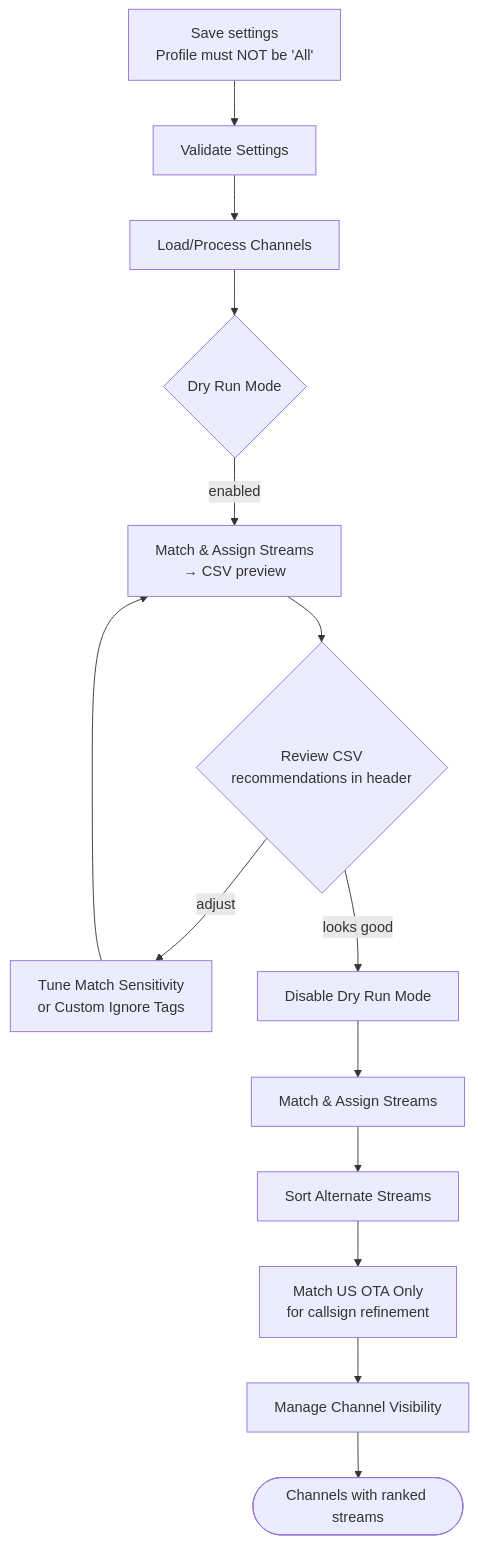
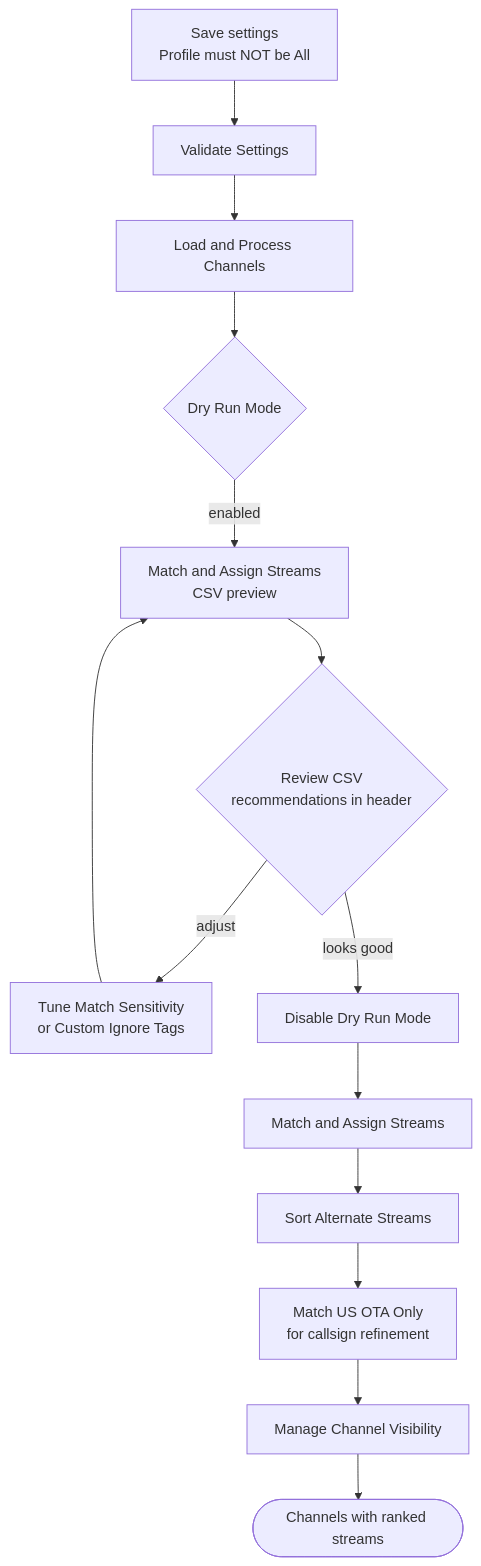
The diagram in docs/workflow/03-stream-mapparr.md (PiratesIRC/Dispatcharr-Plugin-Workflow), drawn with Mermaid before and after one commit. The commit also changed other lines of this file and 7 other files, not shown here.

First line of the commit message:
Fix Mermaid rendering, sidebar nav, and add backup warnings + crontab.guru link

````diff
--- a/docs/workflow/03-stream-mapparr.md
+++ b/docs/workflow/03-stream-mapparr.md
@@ -11,16 +14,16 @@
 ```mermaid
 flowchart TD
-    A[Save settings<br/>Profile must NOT be 'All'] --> B[Validate Settings]
-    B --> C[Load/Process Channels]
-    C --> D{Dry Run Mode}
-    D -->|enabled| E[Match & Assign Streams<br/>→ CSV preview]
-    E --> F{Review CSV<br/>recommendations in header}
-    F -->|adjust| G[Tune Match Sensitivity<br/>or Custom Ignore Tags]
+    A["Save settings<br/>Profile must NOT be All"] --> B["Validate Settings"]
+    B --> C["Load and Process Channels"]
+    C --> D{"Dry Run Mode"}
+    D -->|enabled| E["Match and Assign Streams<br/>CSV preview"]
+    E --> F{"Review CSV<br/>recommendations in header"}
+    F -->|adjust| G["Tune Match Sensitivity<br/>or Custom Ignore Tags"]
     G --> E
-    F -->|looks good| H[Disable Dry Run Mode]
-    H --> I[Match & Assign Streams]
-    I --> J[Sort Alternate Streams]
-    J --> K[Match US OTA Only<br/>for callsign refinement]
-    K --> L[Manage Channel Visibility]
-    L --> Z([Channels with ranked streams])
+    F -->|looks good| H["Disable Dry Run Mode"]
+    H --> I["Match and Assign Streams"]
+    I --> J["Sort Alternate Streams"]
+    J --> K["Match US OTA Only<br/>for callsign refinement"]
+    K --> L["Manage Channel Visibility"]
+    L --> Z(["Channels with ranked streams"])
 ```
````
